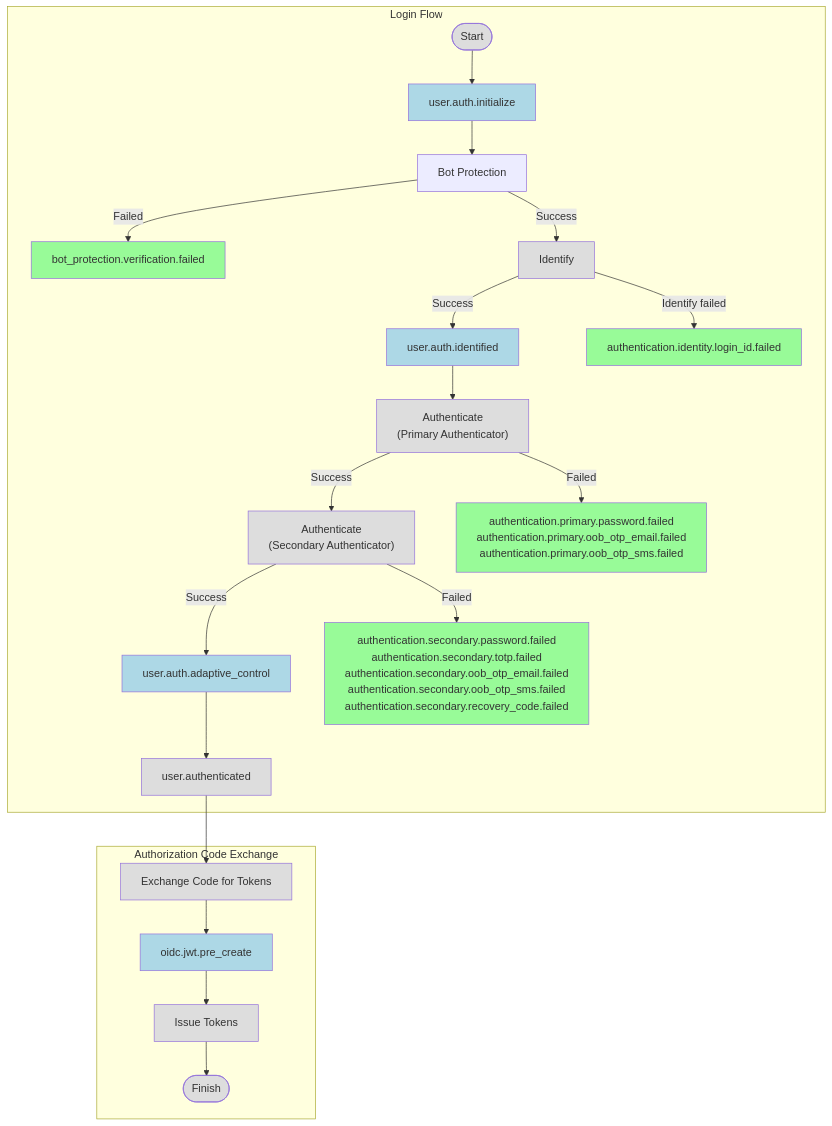
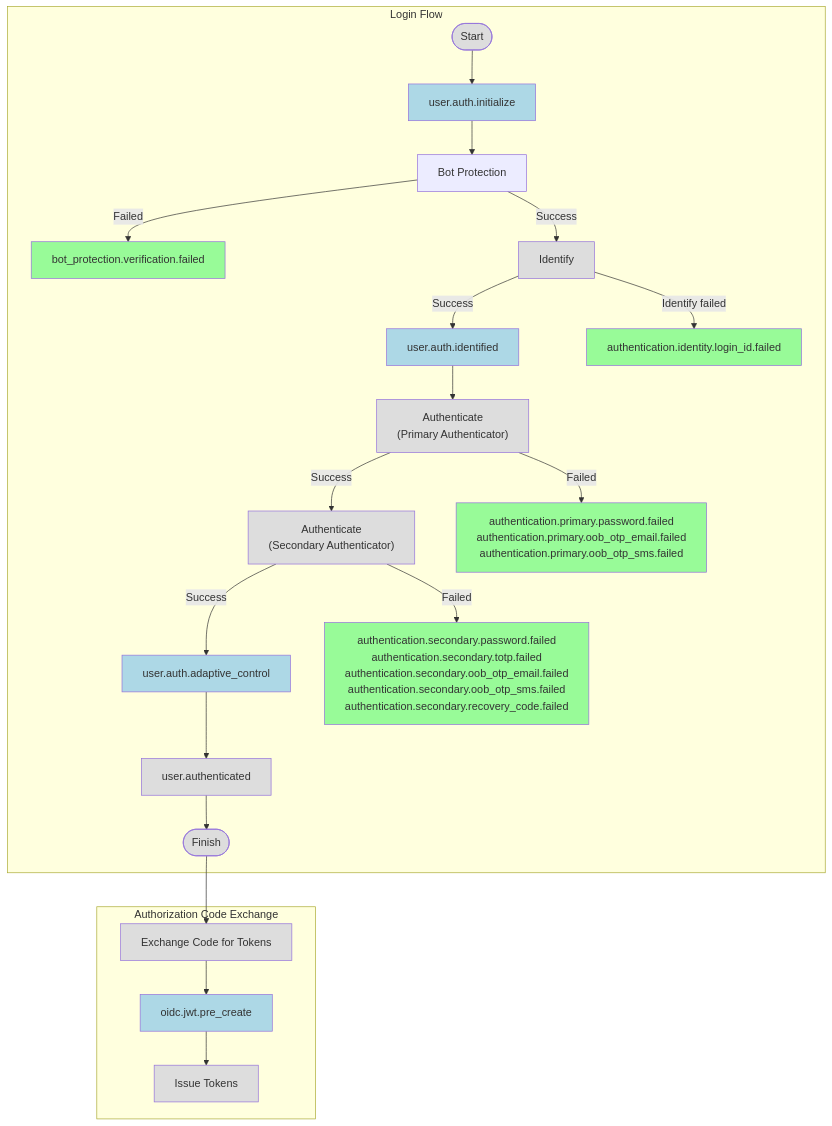
The fifth of 5 diagrams in docs/specs/event.md (authgear/authgear-server), drawn with Mermaid before and after one commit. The commit also changed other lines of this file, not shown here.

Commit message:
Fix some incorrect nodes in diagrams

````diff
--- a/docs/specs/event.md
+++ b/docs/specs/event.md
@@ -996,38 +995,38 @@
 ```mermaid
 flowchart TD
     subgraph "Login Flow"
         Start([Start])
         Start --> UserAuthInitialize[user.auth.initialize]
         UserAuthInitialize --> BotProtection[Bot Protection]
         BotProtection -- "Failed" --> BotProtectionFailed[bot_protection.verification.failed]
         BotProtection -- "Success" --> Identify[Identify]
         Identify -- "Success" --> UserAuthIdentified[user.auth.identified]
         Identify -- "Identify failed" --> LoginIdFailed[authentication.identity.login_id.failed]
 
         UserAuthIdentified --> AuthenticatePrimary["Authenticate<br>(Primary Authenticator)"]
 
         AuthenticatePrimary -- "Success" --> AuthenticateSecondary["Authenticate<br>(Secondary Authenticator)"]
         AuthenticatePrimary -- "Failed" --> PrimaryAuthFailed["authentication.primary.password.failed<br>authentication.primary.oob_otp_email.failed<br>authentication.primary.oob_otp_sms.failed"]:::event
 
         AuthenticateSecondary -- "Success" --> UserAuthAdaptiveControl[user.auth.adaptive_control]
         AuthenticateSecondary -- "Failed" --> SecondaryAuthFailed["authentication.secondary.password.failed<br>authentication.secondary.totp.failed<br>authentication.secondary.oob_otp_email.failed<br>authentication.secondary.oob_otp_sms.failed<br>authentication.secondary.recovery_code.failed"]:::event
 
         UserAuthAdaptiveControl --> UserAuthenticated[user.authenticated]
+        UserAuthenticated --> FinishLogin([Finish])
     end
 
     subgraph "Authorization Code Exchange"
         ExchangeCode[Exchange Code for Tokens]
         ExchangeCode --> OIDCJWTPreCreate[oidc.jwt.pre_create]
         OIDCJWTPreCreate --> IssueTokens[Issue Tokens]
-        IssueTokens --> FinishAuthCode([Finish])
     end
 
-    UserAuthenticated --> ExchangeCode
+    FinishLogin --> ExchangeCode
 
     classDef event fill:#98FB98
     classDef blockingEvent fill:#ADD8E6
     classDef processNode fill:#dddddd
     class BotProtectionFailed,LoginIdFailed,PrimaryAuthFailed,SecondaryAuthFailed,UserAuthenticated event
     class UserAuthInitialize,UserAuthIdentified,UserAuthAdaptiveControl,OIDCJWTPreCreate blockingEvent
-    class Start,Identify,AuthenticatePrimary,AuthenticateSecondary,UserAuthenticated,ExchangeCode,IssueTokens,FinishAuthCode processNode
+    class Start,Identify,AuthenticatePrimary,AuthenticateSecondary,UserAuthenticated,ExchangeCode,IssueTokens,FinishLogin processNode
 ```
````
